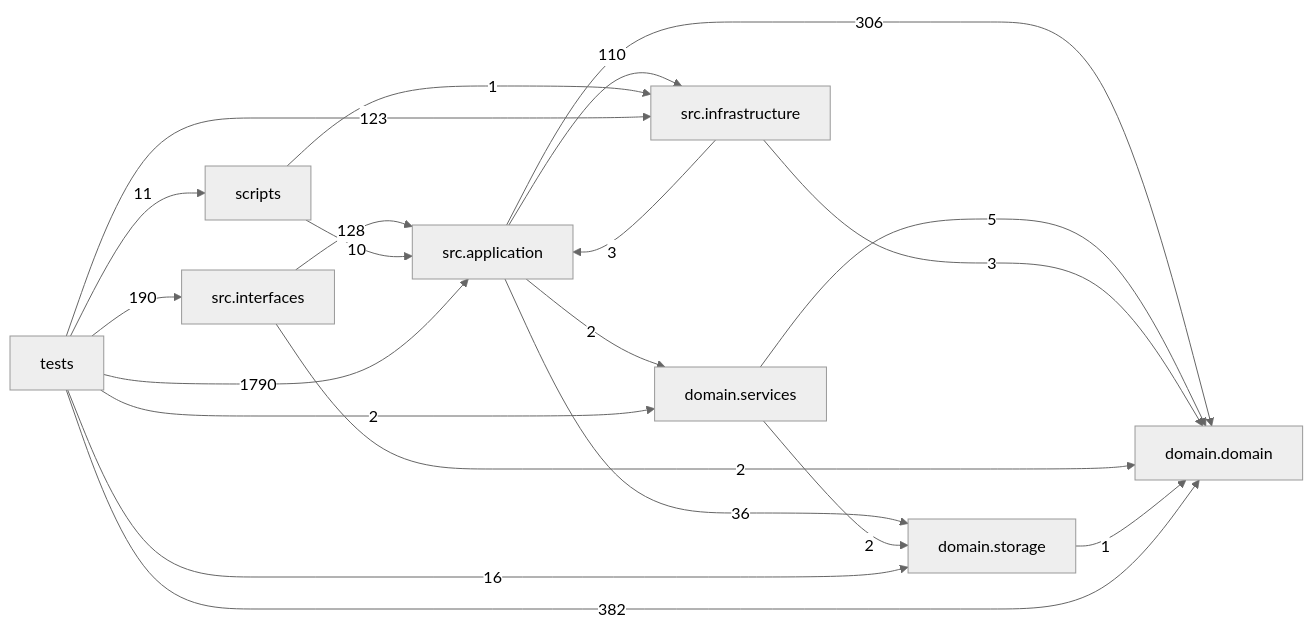
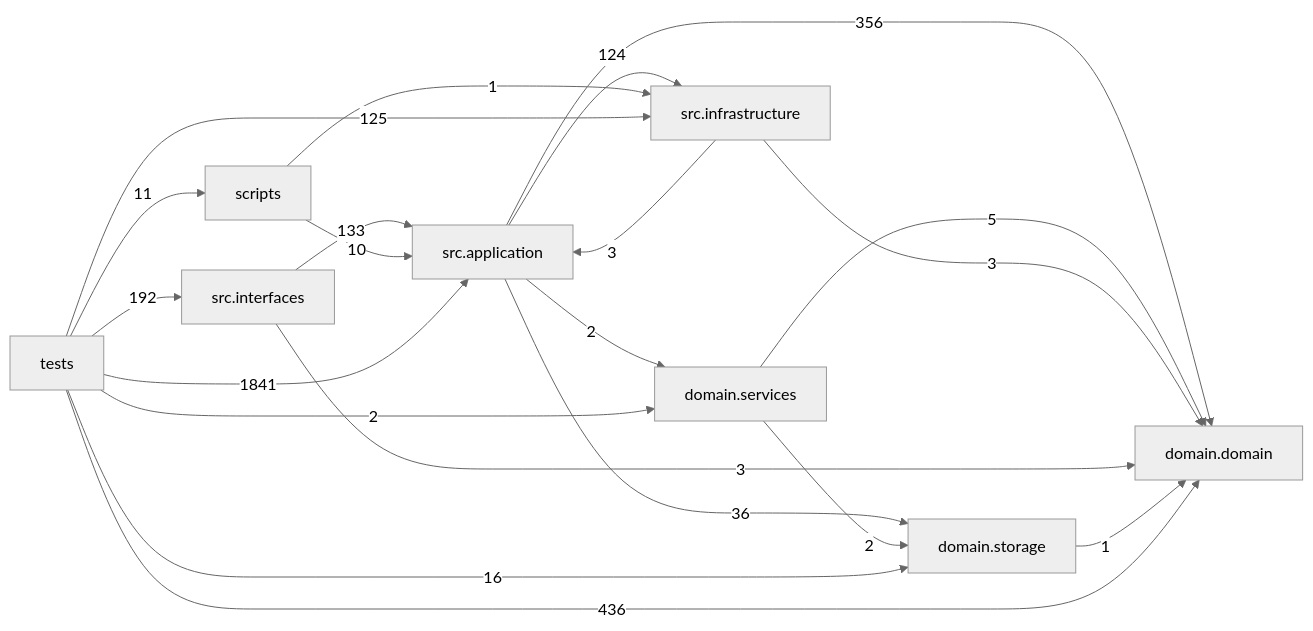
Before and after one commit to liuxie066/options-monitor: the diagram in docs/DEPENDENCY_GRAPH.md, drawn with Mermaid (neutral theme). The commit also changed other lines of this file and 100 other files, not shown here.

````diff
--- a/docs/DEPENDENCY_GRAPH.md
+++ b/docs/DEPENDENCY_GRAPH.md
@@ -24,31 +24,31 @@
 ```mermaid
 flowchart LR
   tests["tests"]
   scripts["scripts"]
   interfaces["src.interfaces"]
   application["src.application"]
   infrastructure["src.infrastructure"]
   domain_services["domain.services"]
   domain["domain.domain"]
   storage["domain.storage"]
-  application -->|306| domain
+  application -->|356| domain
   application -->|2| domain_services
-  application -->|110| infrastructure
+  application -->|124| infrastructure
   application -->|36| storage
   domain_services -->|5| domain
   domain_services -->|2| storage
   infrastructure -->|3| application
   infrastructure -->|3| domain
-  interfaces -->|128| application
-  interfaces -->|2| domain
+  interfaces -->|133| application
+  interfaces -->|3| domain
   scripts -->|10| application
   scripts -->|1| infrastructure
   storage -->|1| domain
-  tests -->|1790| application
-  tests -->|382| domain
+  tests -->|1841| application
+  tests -->|436| domain
   tests -->|2| domain_services
-  tests -->|123| infrastructure
-  tests -->|190| interfaces
+  tests -->|125| infrastructure
+  tests -->|192| interfaces
   tests -->|11| scripts
   tests -->|16| storage
 ```
````
